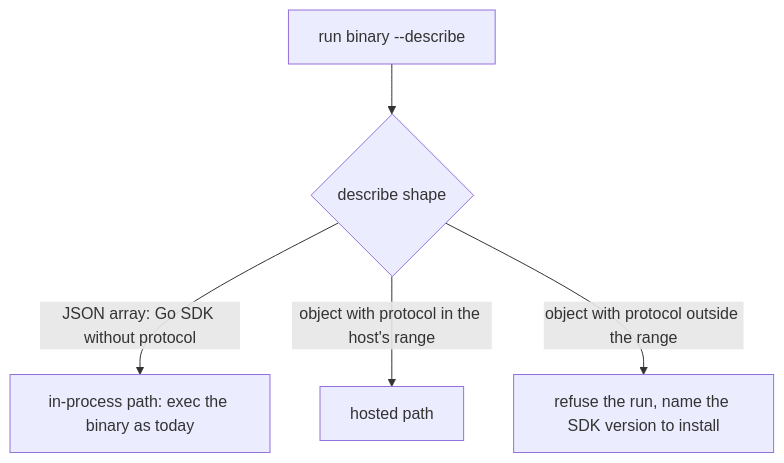
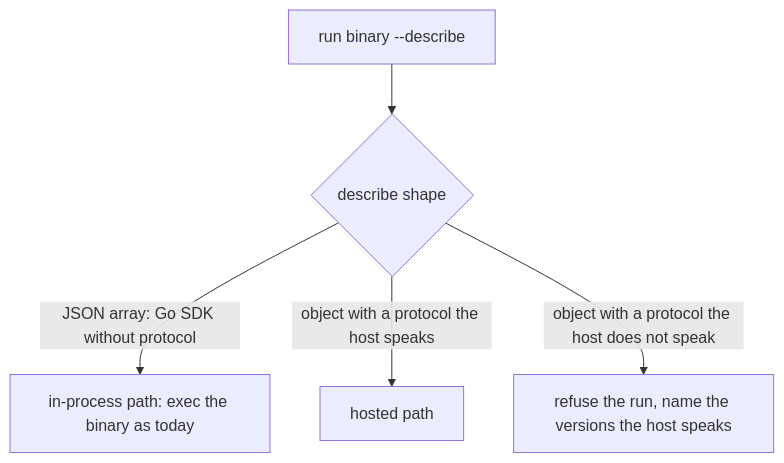
The fourth of 4 diagrams in docs/design/engine-hosted-execution.md (sparkwing-dev/sparkwing), drawn with Mermaid before and after one commit. The commit also changed other lines of this file and 1 other file, not shown here.

First line of the commit message:
docs(design): align engine-hosted execution with the node protocol framing

````diff
--- a/docs/design/engine-hosted-execution.md
+++ b/docs/design/engine-hosted-execution.md
@@ -200,7 +220,7 @@
 ```mermaid
 flowchart TD
   D[run binary --describe] --> Q{describe shape}
   Q -->|JSON array: Go SDK without protocol| IP[in-process path: exec the binary as today]
-  Q -->|object with protocol in the host's range| HP[hosted path]
-  Q -->|object with protocol outside the range| ERR[refuse the run, name the SDK version to install]
+  Q -->|object with a protocol the host speaks| HP[hosted path]
+  Q -->|object with a protocol the host does not speak| ERR[refuse the run, name the versions the host speaks]
 ```
````
